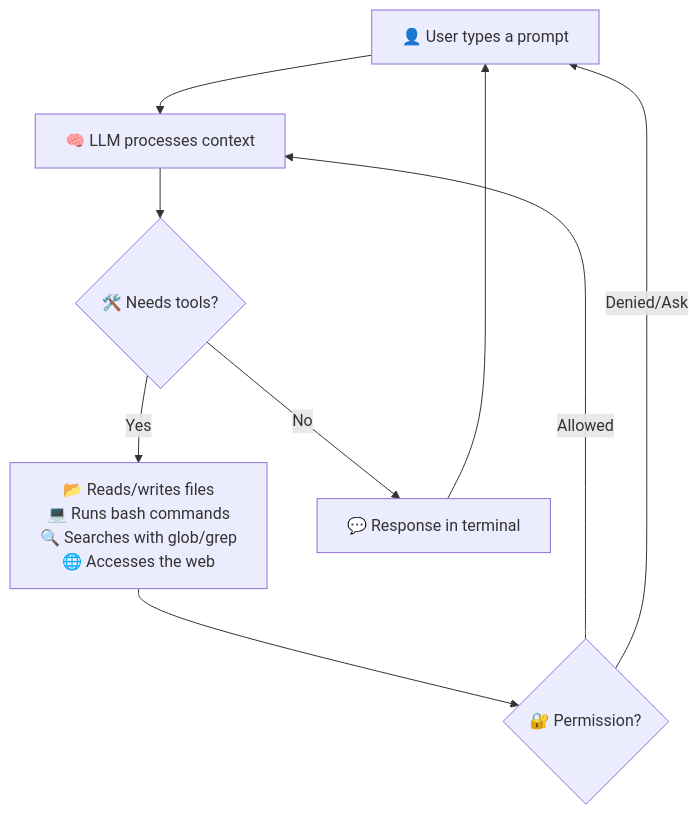
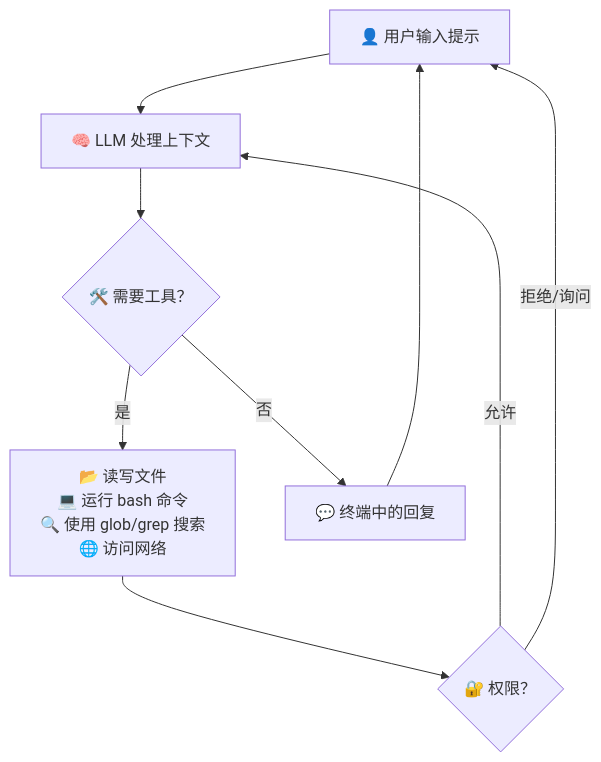
Before and after one commit to andrelncampos/dscode-public: the first of 4 diagrams in docs/i18n/README.zh-Hans.md, drawn with Mermaid. The commit also changed other lines of this file and 1 other file, not shown here.

````diff
--- a/docs/i18n/README.zh-Hans.md
+++ b/docs/i18n/README.zh-Hans.md
@@ -34,11 +32,11 @@
 ```mermaid
 flowchart TD
-    U[👤 User types a prompt] --> S[🧠 LLM processes context]
-    S --> T{🛠️ Needs tools?}
-    T -->|Yes| F[📂 Reads/writes files<br/>💻 Runs bash commands<br/>🔍 Searches with glob/grep<br/>🌐 Accesses the web]
-    F --> P{🔐 Permission?}
-    P -->|Allowed| S
-    P -->|Denied/Ask| U
-    T -->|No| R[💬 Response in terminal]
+    U[👤 用户输入提示] --> S[🧠 LLM 处理上下文]
+    S --> T{🛠️ 需要工具？}
+    T -->|是| F[📂 读写文件<br/>💻 运行 bash 命令<br/>🔍 使用 glob/grep 搜索<br/>🌐 访问网络]
+    F --> P{🔐 权限？}
+    P -->|允许| S
+    P -->|拒绝/询问| U
+    T -->|否| R[💬 终端中的回复]
     R --> U
 ```
````
